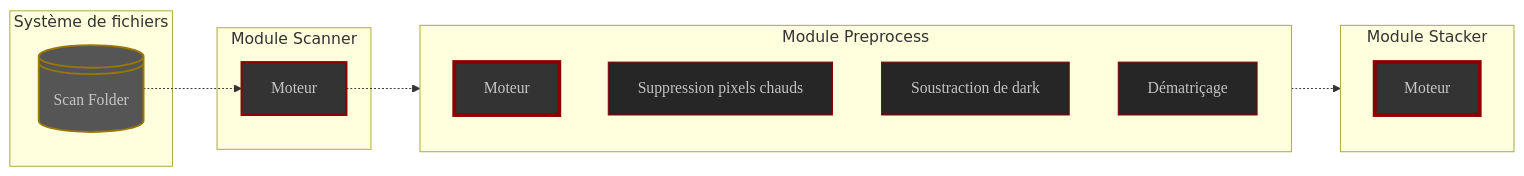
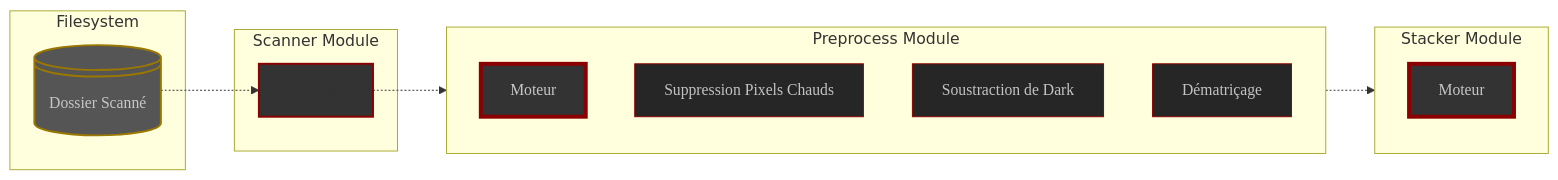
The first of 2 diagrams in content/fr/docs/v0.7/reference/_index.md (deufrai/als), drawn with Mermaid before and after one commit. The commit also changed other lines of this file and 1 other file, not shown here.

Commit message:
refactor refdoc page's mermaid graph to use classes

````diff
--- a/content/fr/docs/v0.7/reference/_index.md
+++ b/content/fr/docs/v0.7/reference/_index.md
@@ -94,42 +94,42 @@
 ```mermaid
 flowchart LR
 
-    subgraph Système de fichiers
-        SCAN_FOLDER@{ shape: lin-cyl, label: "Scan Folder" }
+    subgraph Filesystem
+        SCAN_FOLDER@{ shape: lin-cyl, label: "Dossier Scanné" }
     end
         
-    subgraph Module Scanner 
+    subgraph Scanner Module 
         SCANNER_ENGINE[Moteur]
     end
            
-    subgraph Module Preprocess
+    subgraph Preprocess Module
         direction TB
         PREPROCESS_ENGINE[Moteur]
-        HOT_PIXEL[Suppression pixels chauds]
-        DARK_SUB[Soustraction de dark]
+        HOT_PIXEL[Suppression Pixels Chauds]
+        DARK_SUB[Soustraction de Dark]
         DEBAYER[Dématriçage]
     end  
 
-    subgraph Module Stacker
+    subgraph Stacker Module
         direction TB
         STACK_ENGINE[Moteur]
     end
 
     SCAN_FOLDER -.-> SCANNER_ENGINE
     SCANNER_ENGINE -.-> PREPROCESS_ENGINE
     PREPROCESS_ENGINE -.-> STACK_ENGINE
     
-
-
-    style SCANNER_ENGINE fill:#333,stroke:darkred,stroke-width:2px,color:#c6c6c6,font-family:'Poppins',sans-serif
+    classDef module fill:#333,stroke:darkred,stroke-width:2px
+    classDef main_module fill:#333,stroke:darkred,stroke-width:4px,color:#c6c6c6,font-family:'Poppins',sans-serif
+    classDef process fill:#262626,stroke:darkred,stroke-width:1px,color:#c3c3c3,font-family:'Poppins',sans-serif
+    classDef folder fill:#555,stroke:#970,stroke-width:2px,color:#c6c6c6,font-family:'Poppins',sans-serif
+    classDef display fill:#555,stroke:#222,stroke-width:2px,color:#c6c6c6,font-family:'Poppins',sans-serif
     
-    style PREPROCESS_ENGINE fill:#333,stroke:darkred,stroke-width:4px,color:#c6c6c6,font-family:'Poppins',sans-serif
-    style STACK_ENGINE fill:#333,stroke:darkred,stroke-width:4px,color:#c6c6c6,font-family:'Poppins',sans-serif
-
-
-    style HOT_PIXEL  fill:#262626,stroke:darkred,stroke-width:1px,color:#c3c3c3,font-family:'Poppins',sans-serif
-    style DARK_SUB fill:#262626,stroke:darkred,stroke-width:1px,color:#c3c3c3,font-family:'Poppins',sans-serif
-    style DEBAYER fill:#262626,stroke:darkred,stroke-width:1px,color:#c3c3c3,font-family:'Poppins',sans-serif
-
-    style SCAN_FOLDER fill:#555,stroke:#970,stroke-width:2px,color:#c6c6c6,font-family:'Poppins',sans-serif
+    class SCANNER_ENGINE module
+    class PREPROCESS_ENGINE main_module
+    class STACK_ENGINE main_module
+    class HOT_PIXEL process
+    class DARK_SUB process
+    class DEBAYER process
+    class SCAN_FOLDER folder
 ```
````
